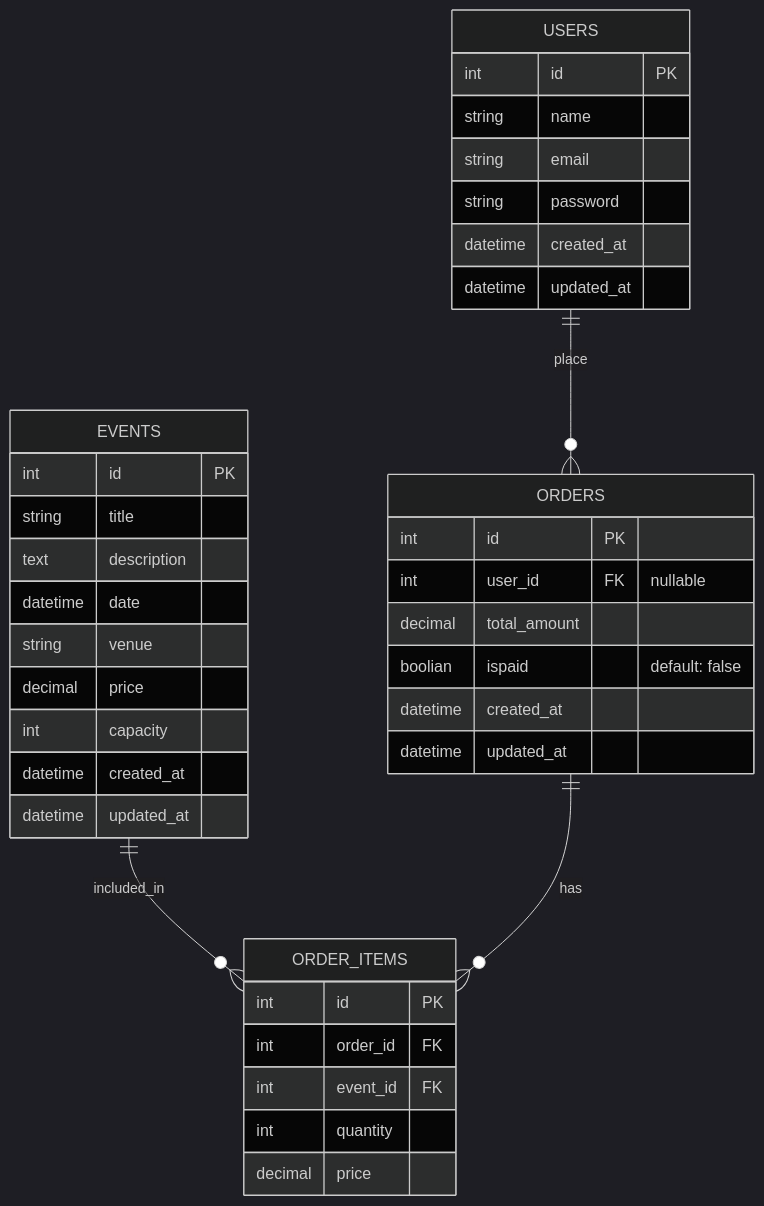
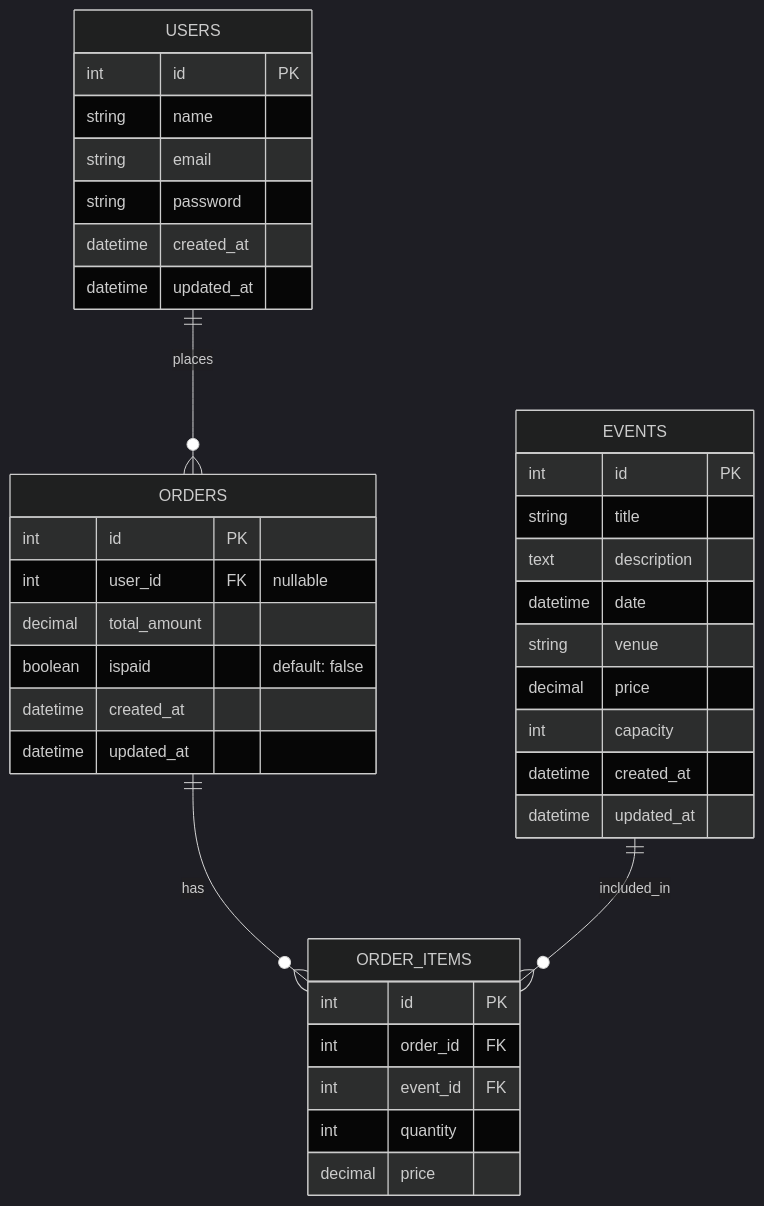
The diagram in database/readme.md (ftshn84/event-startup), drawn with Mermaid (dark theme) before and after one commit. The commit also changed other lines of this file, not shown here.

Commit message:
feat: update database documentation with schema details, setup commands, and SQL query examples

````diff
--- a/database/readme.md
+++ b/database/readme.md
@@ -3,46 +64,44 @@
 ```mermaid
-
-
-    erDiagram
-
+erDiagram
     EVENTS {
         int id PK
         string title
         text description
         datetime date
         string venue
         decimal price
         int capacity
         datetime created_at
-        datetime updated_at 
+        datetime updated_at
     }
-    
+
     USERS {
         int id PK
         string name
         string email
         string password
         datetime created_at
-        datetime updated_at    
+        datetime updated_at
     }
 
     ORDERS {
         int id PK
         int user_id FK "nullable"
-        decimal total_amount 
-        boolian ispaid "default: false"
+        decimal total_amount
+        boolean ispaid "default: false"
         datetime created_at
         datetime updated_at
     }
+
     ORDER_ITEMS {
         int id PK
         int order_id FK
         int event_id FK
         int quantity
         decimal price
     }
 
-    USERS ||--o{ ORDERS : place
+    USERS ||--o{ ORDERS : places
+    ORDERS ||--o{ ORDER_ITEMS : has
     EVENTS ||--o{ ORDER_ITEMS : included_in
-    ORDERS ||--o{ ORDER_ITEMS : has
 ```
````
